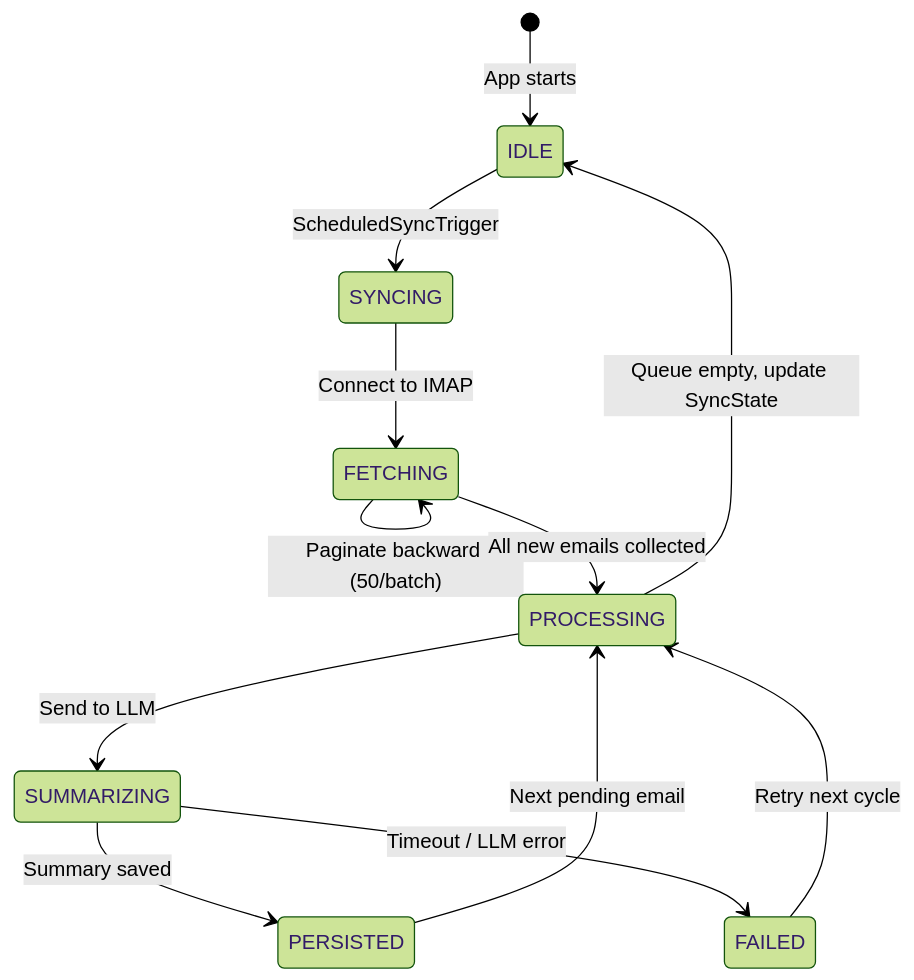
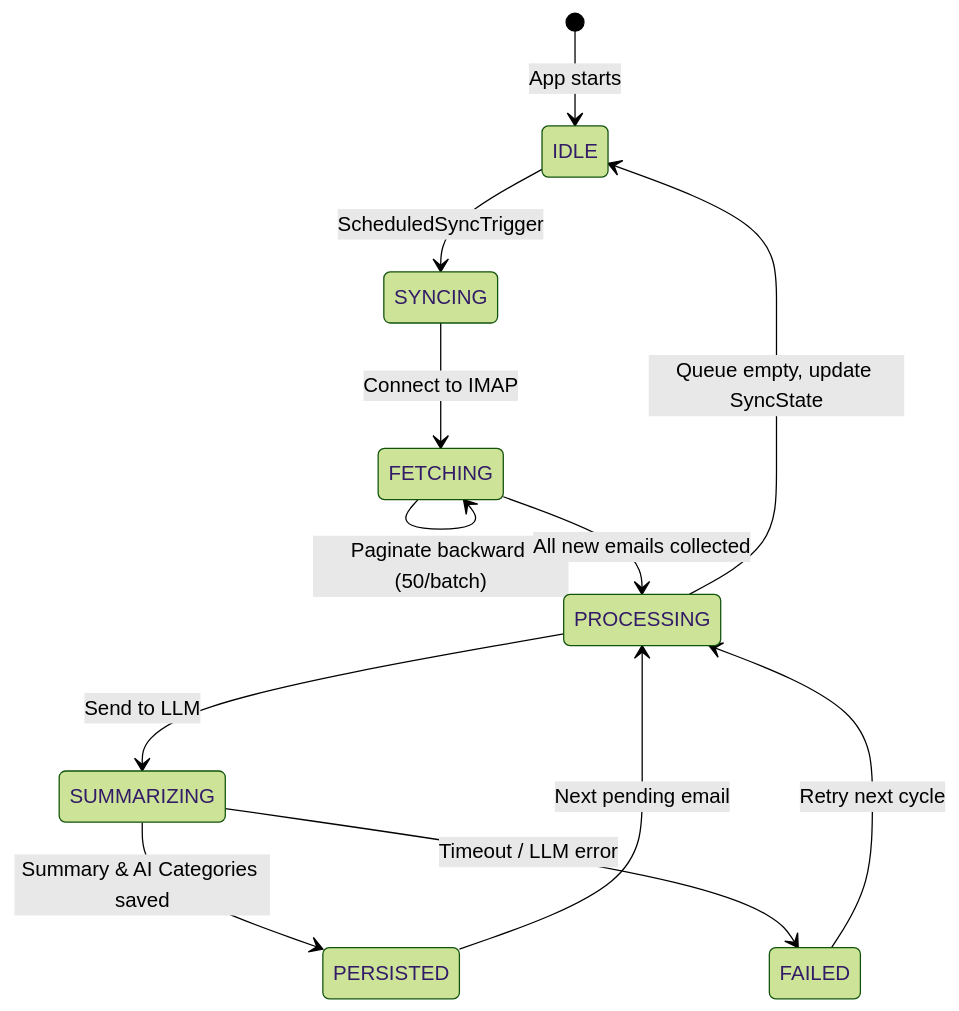
The second of 2 diagrams in docs/runbooks/inbox-intelligence-runbook.md (kbi101/20260401), drawn with Mermaid (forest theme) before and after one commit. The commit also changed other lines of this file and 14 other files, not shown here.

````diff
--- a/docs/runbooks/inbox-intelligence-runbook.md
+++ b/docs/runbooks/inbox-intelligence-runbook.md
@@ -30,14 +30,14 @@
 ```mermaid
 stateDiagram-v2
     [*] --> IDLE: App starts
     IDLE --> SYNCING: ScheduledSyncTrigger
     SYNCING --> FETCHING: Connect to IMAP
     FETCHING --> FETCHING: Paginate backward (50/batch)
     FETCHING --> PROCESSING: All new emails collected
     PROCESSING --> SUMMARIZING: Send to LLM
-    SUMMARIZING --> PERSISTED: Summary saved
+    SUMMARIZING --> PERSISTED: Summary & AI Categories saved
     SUMMARIZING --> FAILED: Timeout / LLM error
     FAILED --> PROCESSING: Retry next cycle
     PERSISTED --> PROCESSING: Next pending email
     PROCESSING --> IDLE: Queue empty, update SyncState
 ```
````
